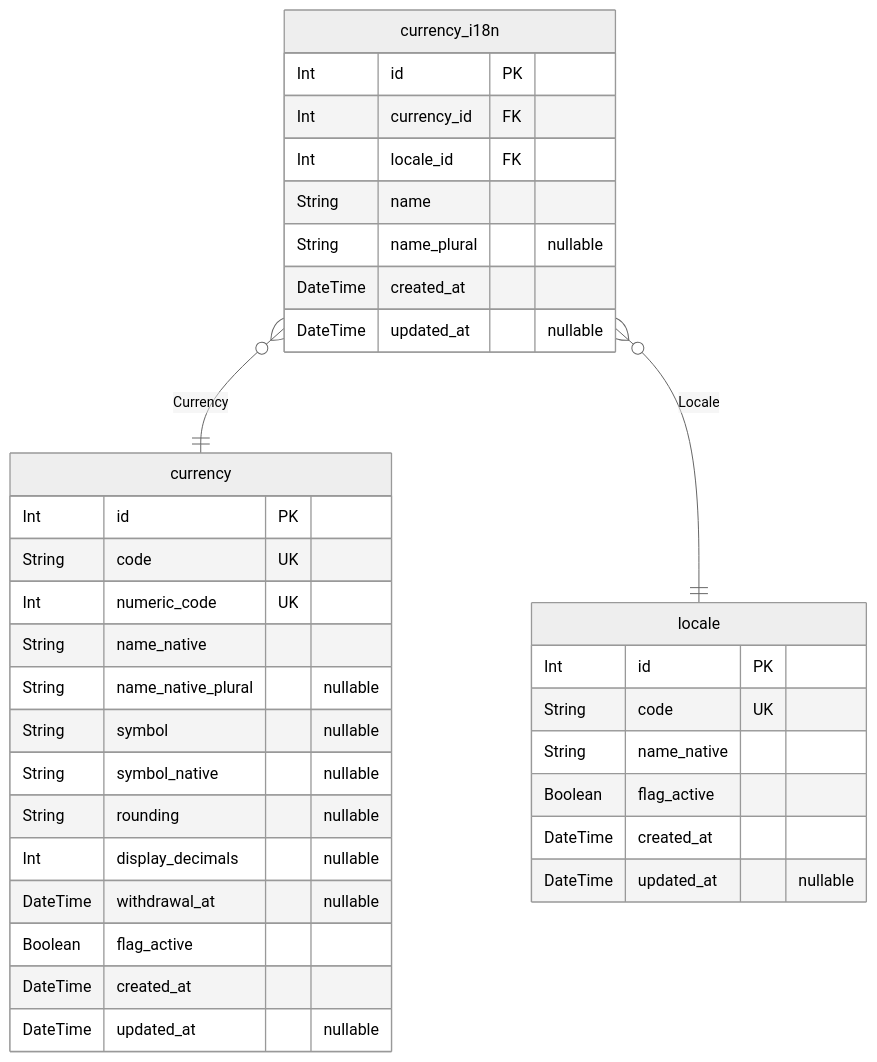
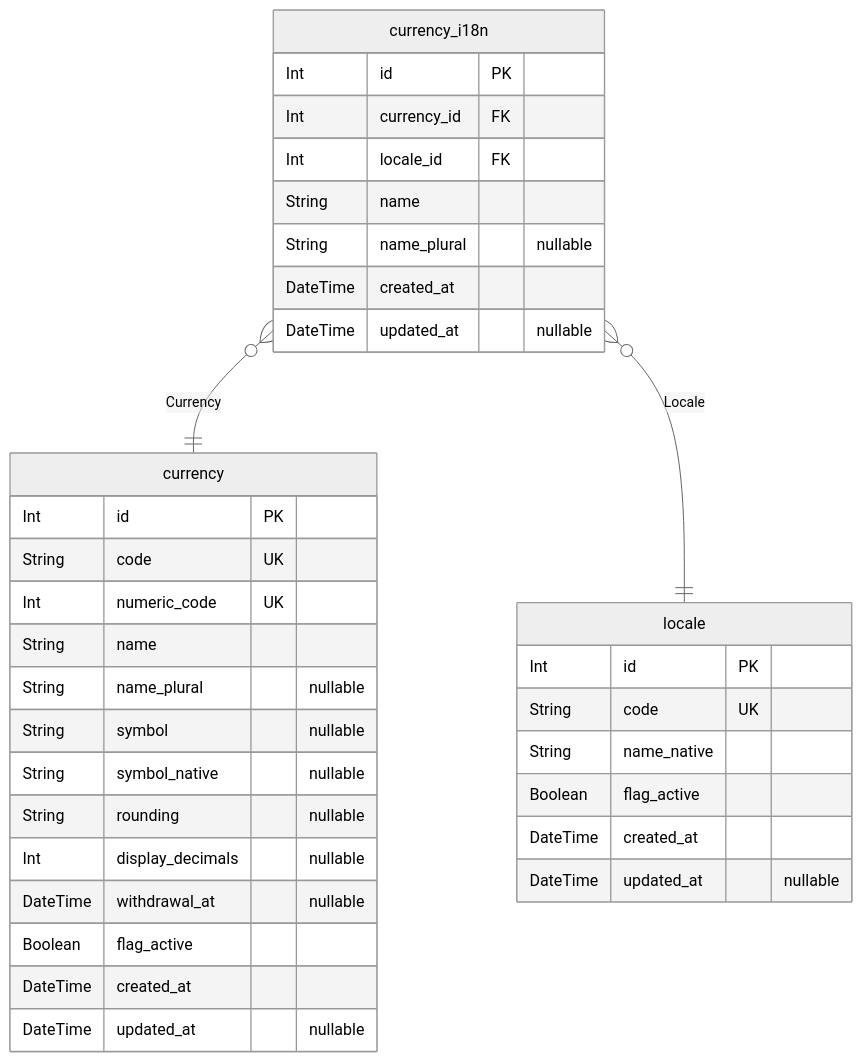
Before and after one commit to devhorse091/flowblade: the diagram in examples/db-sqlserver/docs/generated/ERD.md, drawn with Mermaid (neutral theme). The commit also changed other lines of this file and 2 other files, not shown here.

Commit message:
feat: small wip

````diff
--- a/examples/db-sqlserver/docs/generated/ERD.md
+++ b/examples/db-sqlserver/docs/generated/ERD.md
@@ -7,37 +7,37 @@
 ```mermaid
 erDiagram
 "locale" {
   Int id PK
   String code UK
   String name_native
   Boolean flag_active
   DateTime created_at
   DateTime updated_at "nullable"
 }
 "currency" {
   Int id PK
   String code UK
   Int numeric_code UK
-  String name_native
-  String name_native_plural "nullable"
+  String name
+  String name_plural "nullable"
   String symbol "nullable"
   String symbol_native "nullable"
   String rounding "nullable"
   Int display_decimals "nullable"
   DateTime withdrawal_at "nullable"
   Boolean flag_active
   DateTime created_at
   DateTime updated_at "nullable"
 }
 "currency_i18n" {
   Int id PK
   Int currency_id FK
   Int locale_id FK
   String name
   String name_plural "nullable"
   DateTime created_at
   DateTime updated_at "nullable"
 }
 "currency_i18n" }o--|| "currency" : Currency
 "currency_i18n" }o--|| "locale" : Locale
 ```
````
